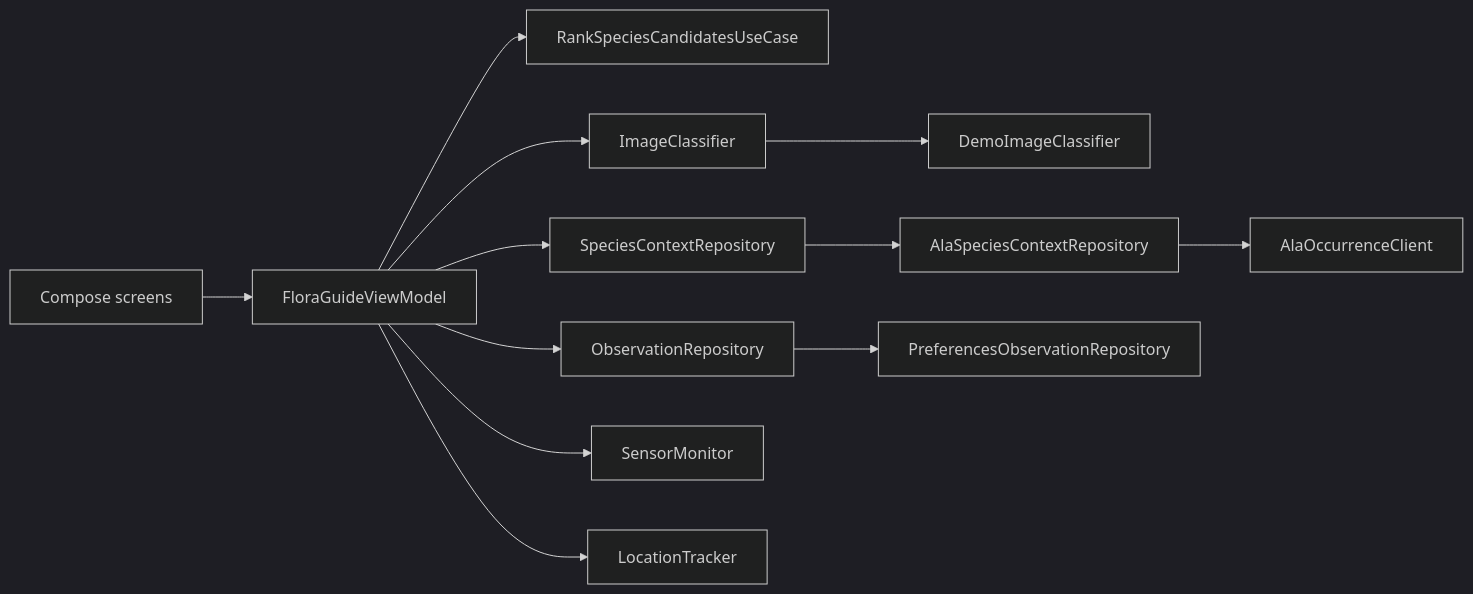
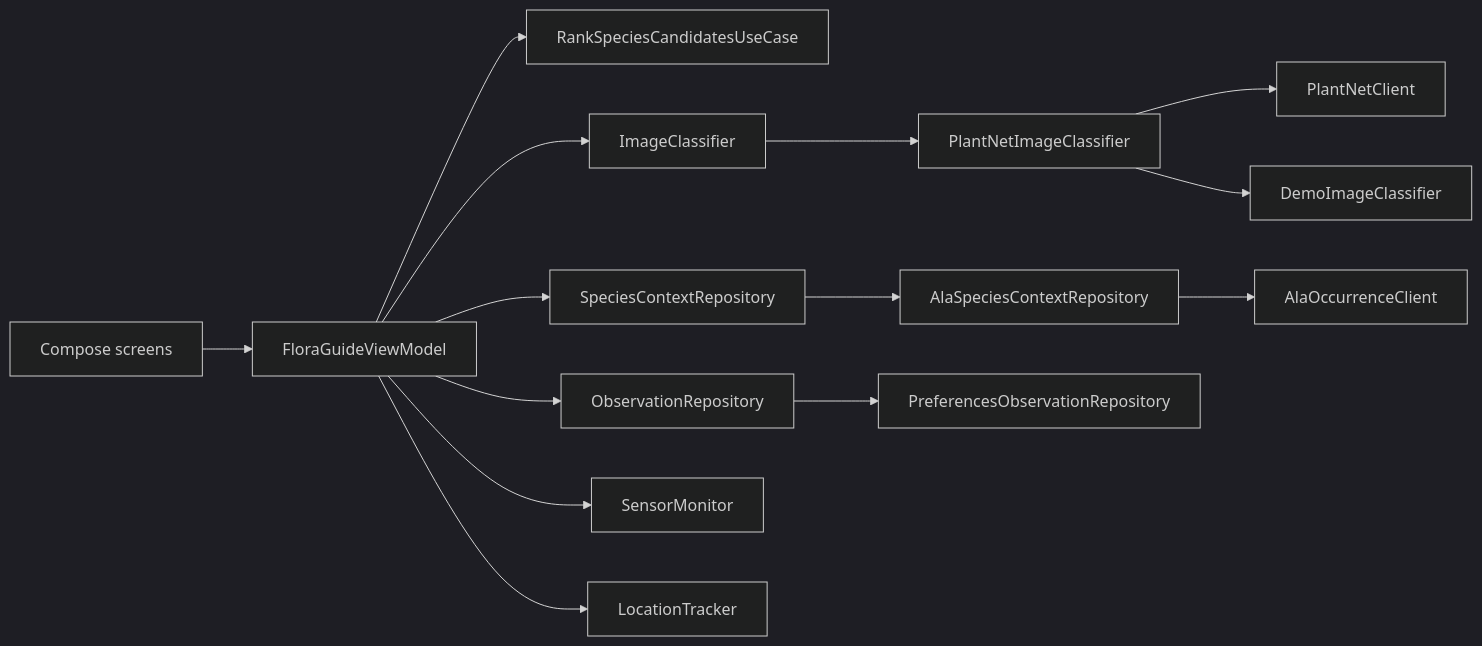
One commit to euchoons/COMP90018_2026_SM2 changed the diagram in docs/ARCHITECTURE.md. Above: the diagram before and after it, drawn with Mermaid (dark theme). The commit also changed other lines of this file and 16 other files, not shown here.

First line of the commit message:
feat(identify): add Pl@ntNet cloud image recognition

````diff
--- a/docs/ARCHITECTURE.md
+++ b/docs/ARCHITECTURE.md
@@ -16,15 +16,17 @@
 ```mermaid
 flowchart LR
     UI[Compose screens] --> VM[FloraGuideViewModel]
     VM --> Rank[RankSpeciesCandidatesUseCase]
     VM --> IC[ImageClassifier]
     VM --> SCR[SpeciesContextRepository]
     VM --> OR[ObservationRepository]
     VM --> Sensors[SensorMonitor]
     VM --> Location[LocationTracker]
 
-    IC --> Demo[DemoImageClassifier]
+    IC --> PlantNet[PlantNetImageClassifier]
+    PlantNet --> PNHTTP[PlantNetClient]
+    PlantNet --> Demo[DemoImageClassifier]
     SCR --> ALA[AlaSpeciesContextRepository]
     ALA --> HTTP[AlaOccurrenceClient]
     OR --> Local[PreferencesObservationRepository]
 ```
````
